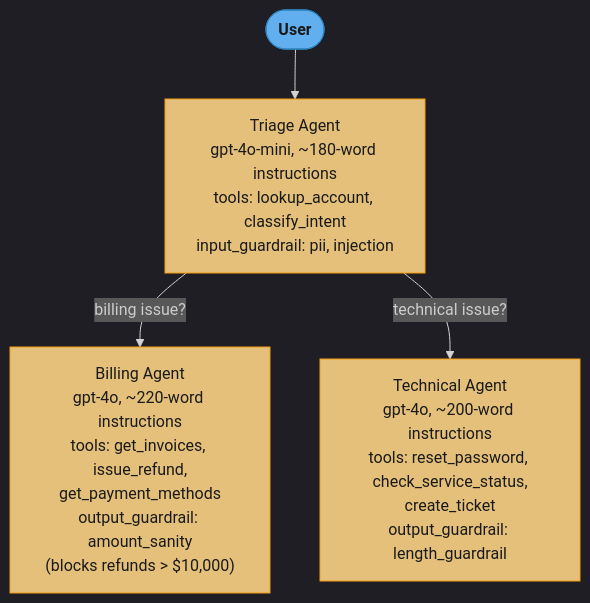
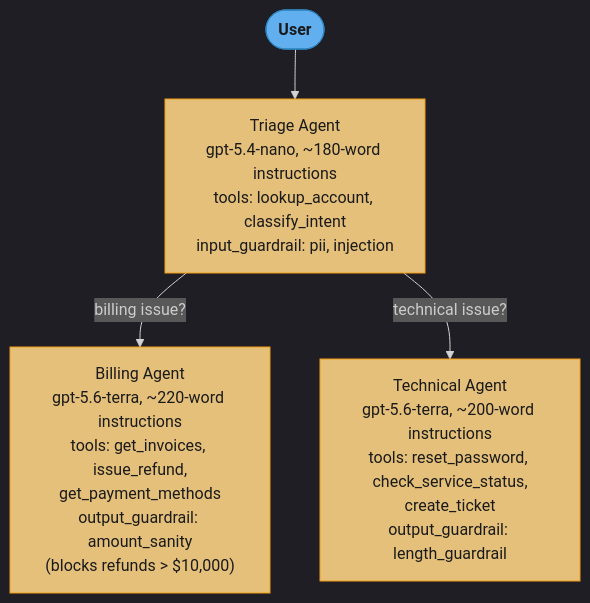
The fourth of 4 diagrams in src/main/java/com/rutik/systemdesign/llm/multi_agent_systems/openai_swarm_and_handoffs.md (rppol/system-design), drawn with Mermaid before and after one commit. The commit also changed other lines of this file and 2 other files, not shown here.

````diff
--- a/src/main/java/com/rutik/systemdesign/llm/multi_agent_systems/openai_swarm_and_handoffs.md
+++ b/src/main/java/com/rutik/systemdesign/llm/multi_agent_systems/openai_swarm_and_handoffs.md
@@ -848,18 +848,18 @@
 ```mermaid
 %%{init: {'flowchart': {'curve': 'basis'}, 'theme': 'dark'}}%%
 flowchart TD
     classDef io      fill:#61afef,stroke:#2e86c1,color:#1a1a1a,font-weight:bold
     classDef frozen  fill:#c678dd,stroke:#9b59b6,color:#fff
     classDef train   fill:#98c379,stroke:#27ae60,color:#1a1a1a
     classDef mathOp  fill:#d19a66,stroke:#e67e22,color:#1a1a1a,font-weight:bold
     classDef lossN   fill:#e06c75,stroke:#c0392b,color:#fff,font-weight:bold
     classDef req     fill:#56b6c2,stroke:#0097a7,color:#1a1a1a
     classDef base    fill:#e5c07b,stroke:#f39c12,color:#1a1a1a
 
-    User(["User"]) --> Triage["Triage Agent<br/>gpt-4o-mini, ~180-word instructions<br/>tools: lookup_account, classify_intent<br/>input_guardrail: pii, injection"]
-    Triage -- "billing issue?" --> Billing["Billing Agent<br/>gpt-4o, ~220-word instructions<br/>tools: get_invoices, issue_refund,<br/>get_payment_methods<br/>output_guardrail: amount_sanity<br/>(blocks refunds &gt; $10,000)"]
-    Triage -- "technical issue?" --> Technical["Technical Agent<br/>gpt-4o, ~200-word instructions<br/>tools: reset_password, check_service_status,<br/>create_ticket<br/>output_guardrail: length_guardrail"]
+    User(["User"]) --> Triage["Triage Agent<br/>gpt-5.4-nano, ~180-word instructions<br/>tools: lookup_account, classify_intent<br/>input_guardrail: pii, injection"]
+    Triage -- "billing issue?" --> Billing["Billing Agent<br/>gpt-5.6-terra, ~220-word instructions<br/>tools: get_invoices, issue_refund,<br/>get_payment_methods<br/>output_guardrail: amount_sanity<br/>(blocks refunds &gt; $10,000)"]
+    Triage -- "technical issue?" --> Technical["Technical Agent<br/>gpt-5.6-terra, ~200-word instructions<br/>tools: reset_password, check_service_status,<br/>create_ticket<br/>output_guardrail: length_guardrail"]
 
     class User io
     class Triage,Billing,Technical base
 ```
````
